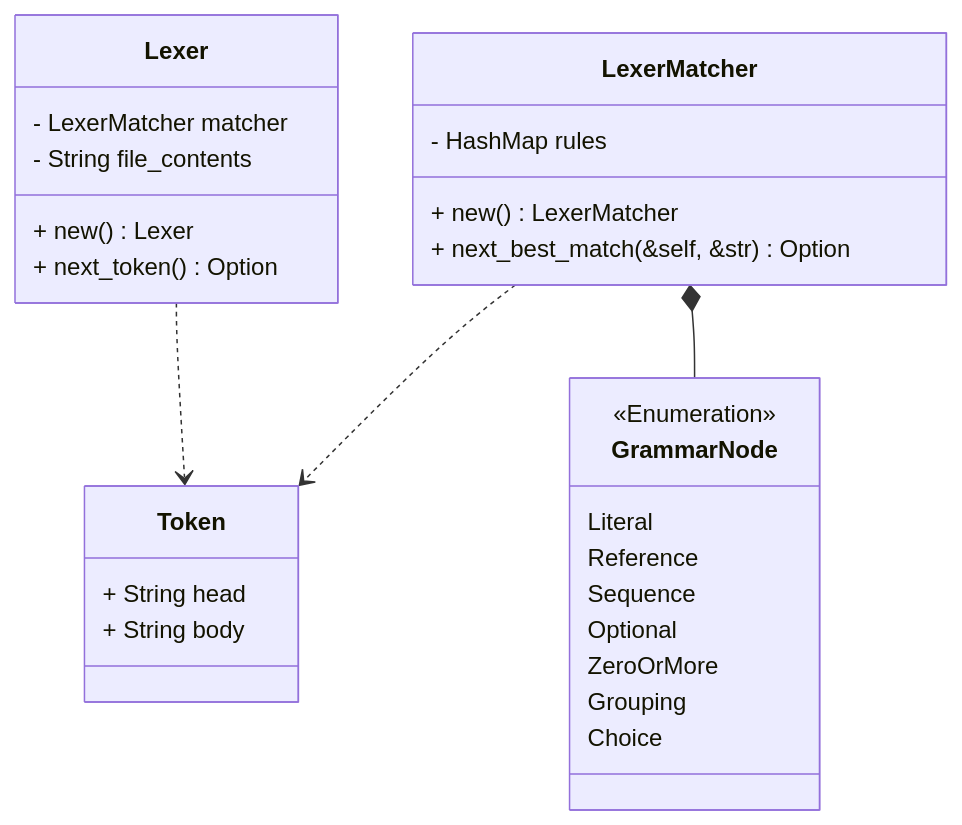
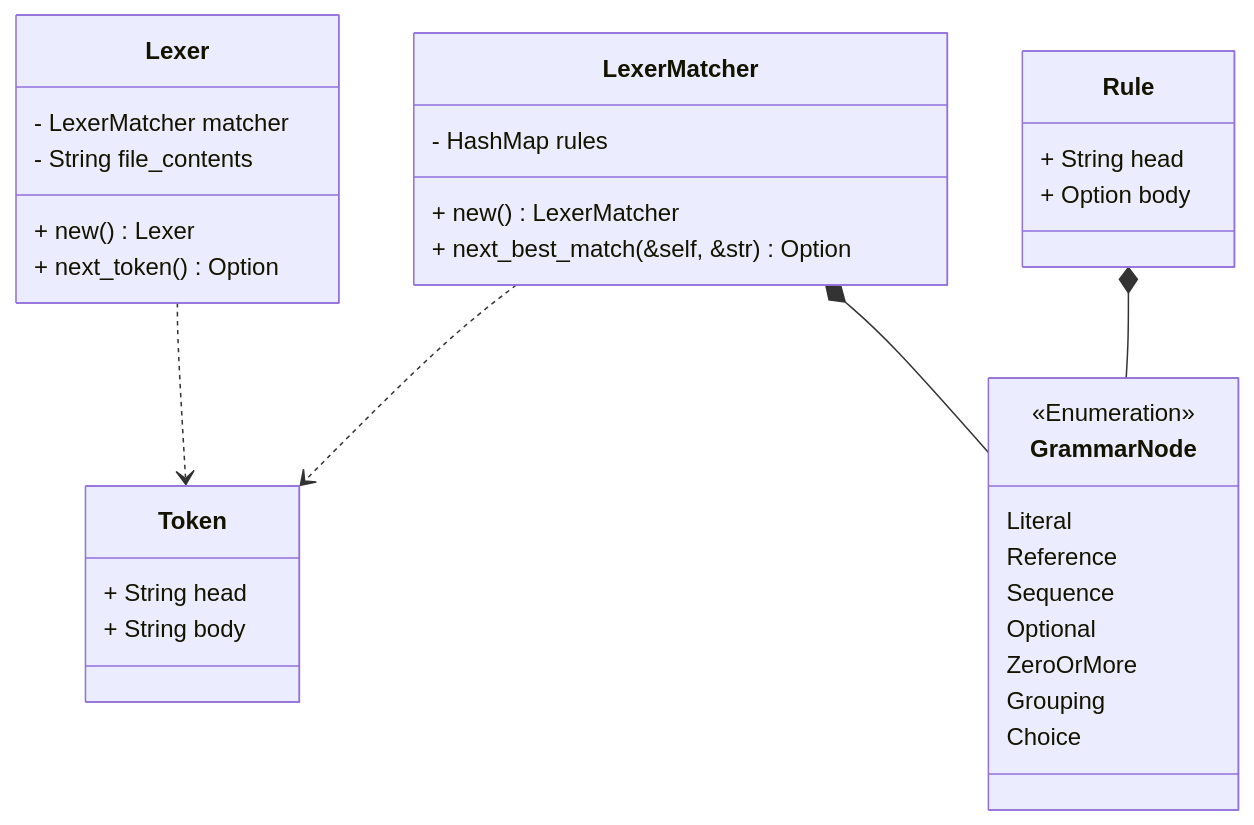
One commit to abelvandenbussche/compiler changed the diagram in docs/class_diagram.md. Above: the diagram before and after it, drawn with Mermaid.

Commit message:
Add `Rule`to class diagram

````diff
--- a/docs/class_diagram.md
+++ b/docs/class_diagram.md
@@ -2,33 +2,39 @@
 ```mermaid
 classDiagram
     class Lexer {
         - LexerMatcher matcher
         - String file_contents
 
         + new() Lexer
         + next_token() Option<Token>
     }
     class Token {
         + String head
         + String body
     }
     class LexerMatcher {
         - HashMap<String, GrammarNode> rules
 
         + new() LexerMatcher
         + next_best_match(&self, &str) Option<Token>
     }
     class GrammarNode {
         <<Enumeration>>
         Literal
         Reference
         Sequence
         Optional
         ZeroOrMore
         Grouping
         Choice
     }
+    class Rule {
+       + String head
+       + Option<GrammarNode> body
+    }
+
     Lexer ..> Token
     LexerMatcher ..> Token
     LexerMatcher *-- GrammarNode
+    Rule *-- GrammarNode
 ```
````
